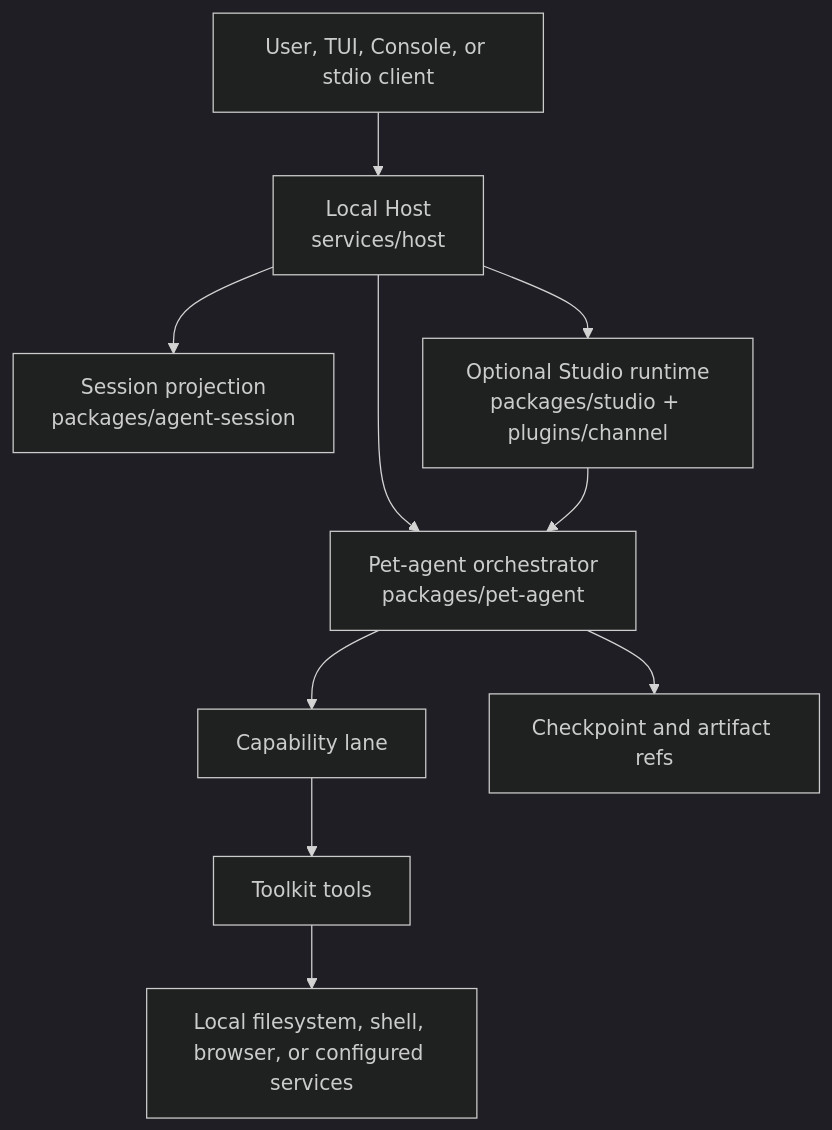
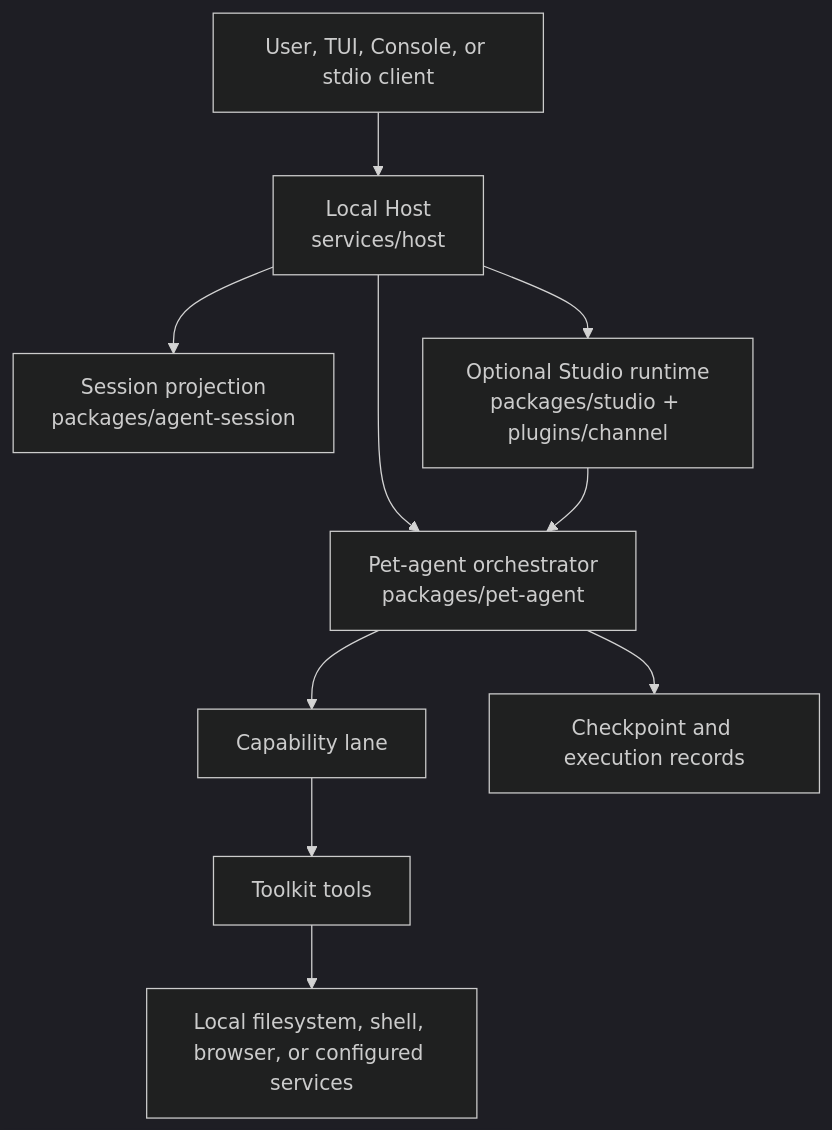
One commit to pinpawo/pinpawo-agent changed the diagram in docs/concepts/architecture.md. Above: the diagram before and after it, drawn with Mermaid (dark theme). The commit also changed other lines of this file and 106 other files, not shown here.

````diff
--- a/docs/concepts/architecture.md
+++ b/docs/concepts/architecture.md
@@ -33,12 +33,12 @@
 ```mermaid
 flowchart TB
   U["User, TUI, Console, or stdio client"] --> H["Local Host\nservices/host"]
   H --> O["Pet-agent orchestrator\npackages/pet-agent"]
   H --> S["Session projection\npackages/agent-session"]
   O --> C["Capability lane"]
   C --> K["Toolkit tools"]
   K --> L["Local filesystem, shell, browser, or configured services"]
-  O --> A["Checkpoint and artifact refs"]
+  O --> A["Checkpoint and execution records"]
   H --> ST["Optional Studio runtime\npackages/studio + plugins/channel"]
   ST --> O
 ```
````
